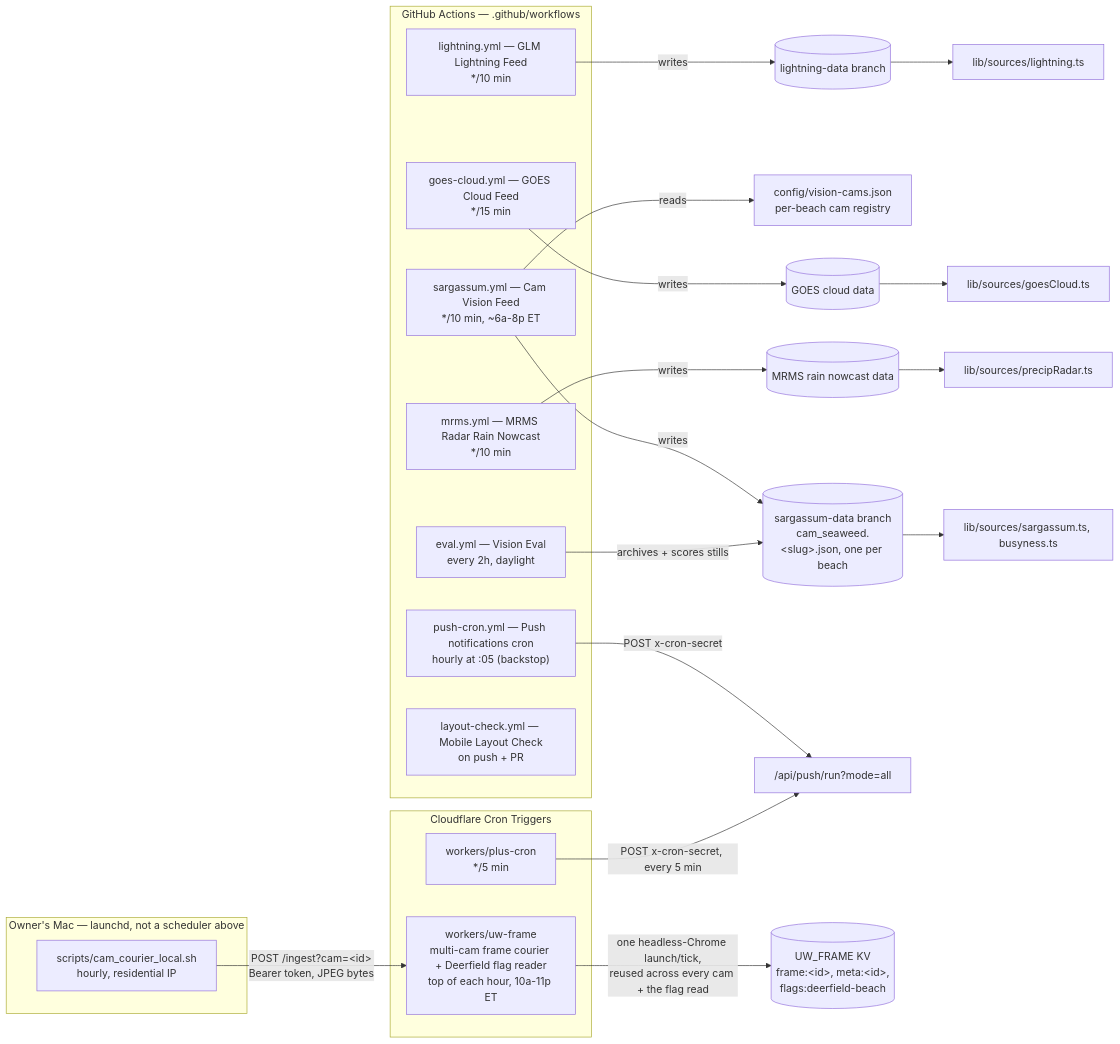
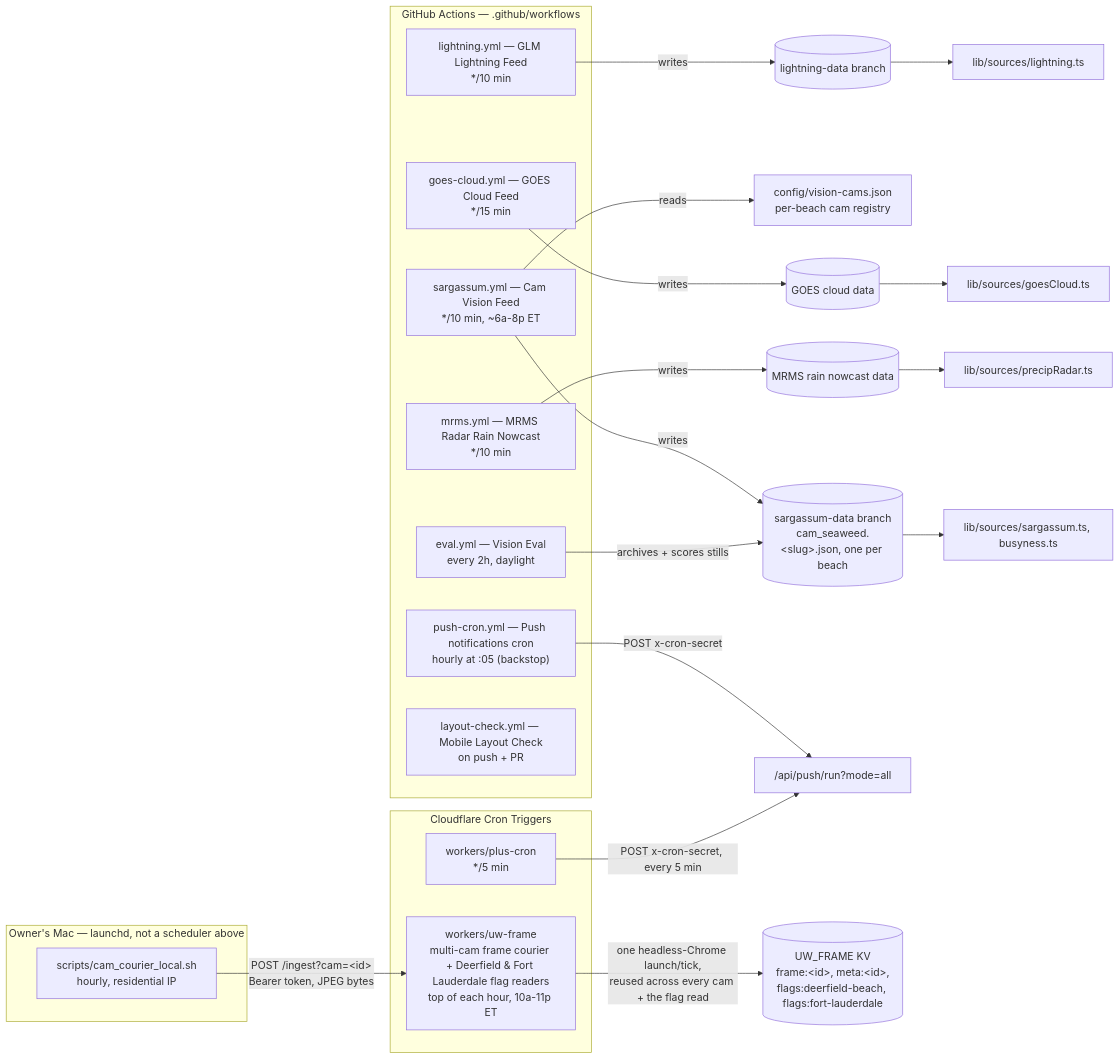
One commit to jayfrid-bot/bocabeach changed the second of 3 diagrams in docs/architecture.md. Above: the diagram before and after it, drawn with Mermaid. The commit also changed other lines of this file and 7 other files, not shown here.

First line of the commit message:
Fort Lauderdale lifeguard flags via the City's page; radar for every beach

````diff
--- a/docs/architecture.md
+++ b/docs/architecture.md
@@ -63,39 +63,39 @@
 ```mermaid
 flowchart LR
   subgraph gh [GitHub Actions — .github/workflows]
     LGT["lightning.yml — GLM Lightning Feed<br/>*/10 min"]
     GOES["goes-cloud.yml — GOES Cloud Feed<br/>*/15 min"]
     MRMS["mrms.yml — MRMS Radar Rain Nowcast<br/>*/10 min"]
     SARG["sargassum.yml — Cam Vision Feed<br/>*/10 min, ~6a-8p ET"]
     EVAL["eval.yml — Vision Eval<br/>every 2h, daylight"]
     PUSHCRON["push-cron.yml — Push notifications cron<br/>hourly at :05 (backstop)"]
     LAYOUT["layout-check.yml — Mobile Layout Check<br/>on push + PR"]
   end
 
   subgraph cf [Cloudflare Cron Triggers]
     PLUSCRON["workers/plus-cron<br/>*/5 min"]
-    UWFRAME["workers/uw-frame<br/>multi-cam frame courier + Deerfield flag reader<br/>top of each hour, 10a-11p ET"]
+    UWFRAME["workers/uw-frame<br/>multi-cam frame courier + Deerfield & Fort Lauderdale flag readers<br/>top of each hour, 10a-11p ET"]
   end
 
   subgraph mac [Owner's Mac — launchd, not a scheduler above]
     CAMCOURIER["scripts/cam_courier_local.sh<br/>hourly, residential IP"]
   end
 
   CAMCOURIER -->|"POST /ingest?cam=&lt;id&gt;<br/>Bearer token, JPEG bytes"| UWFRAME
 
   LGT -->|writes| LDATA[(lightning-data branch)]
   SARG -->|reads| VCAMS[config/vision-cams.json<br/>per-beach cam registry]
   SARG -->|writes| SDATA[(sargassum-data branch<br/>cam_seaweed.&lt;slug&gt;.json, one per beach)]
   GOES -->|writes| GDATA[(GOES cloud data)]
   MRMS -->|writes| MDATA[(MRMS rain nowcast data)]
   EVAL -->|archives + scores stills| SDATA
 
   LDATA --> SOURCES2[lib/sources/lightning.ts]
   SDATA --> SOURCES3[lib/sources/sargassum.ts, busyness.ts]
   GDATA --> SOURCES4[lib/sources/goesCloud.ts]
   MDATA --> SOURCES5[lib/sources/precipRadar.ts]
 
   PUSHCRON -->|POST x-cron-secret| RUN["/api/push/run?mode=all"]
   PLUSCRON -->|POST x-cron-secret, every 5 min| RUN
-  UWFRAME -->|one headless-Chrome launch/tick,<br/>reused across every cam + the flag read| UWKV[(UW_FRAME KV<br/>frame:&lt;id&gt;, meta:&lt;id&gt;,<br/>flags:deerfield-beach)]
+  UWFRAME -->|one headless-Chrome launch/tick,<br/>reused across every cam + the flag read| UWKV[(UW_FRAME KV<br/>frame:&lt;id&gt;, meta:&lt;id&gt;,<br/>flags:deerfield-beach, flags:fort-lauderdale)]
 ```
````
